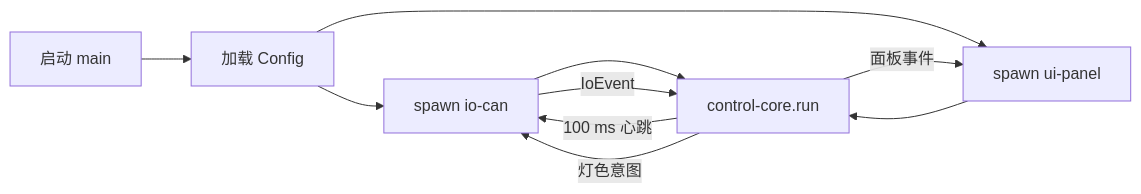
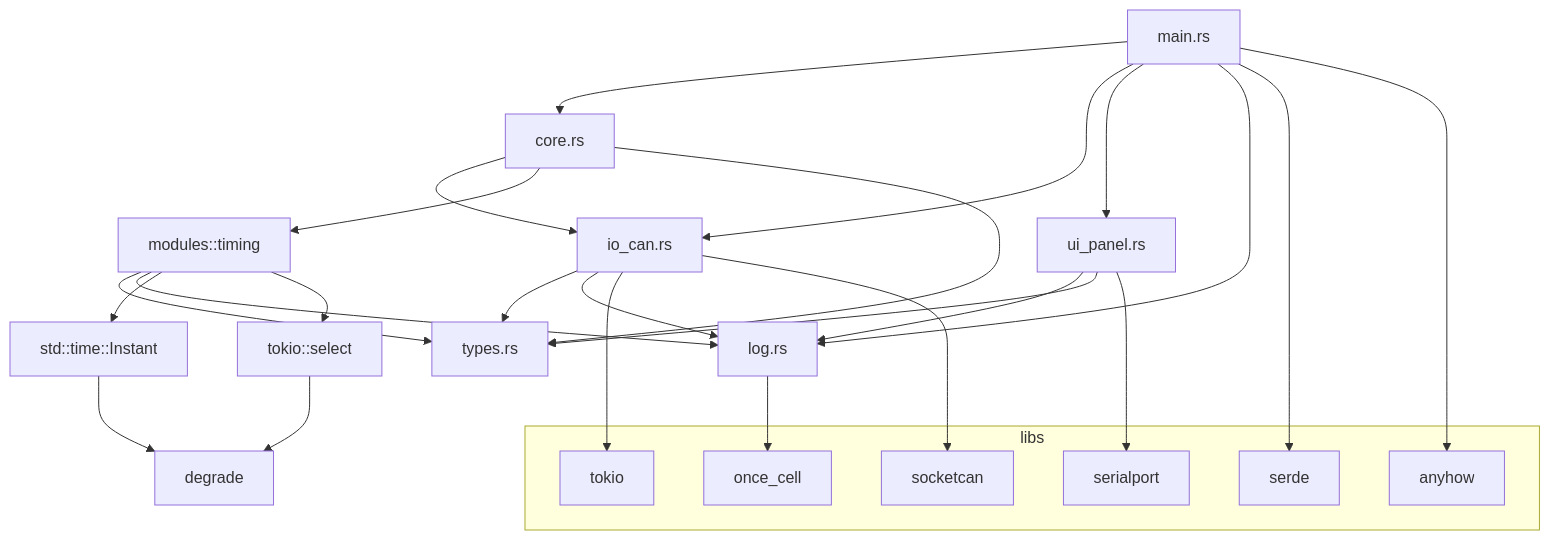
Before and after one commit to sitexa/sigctl: the first of 3 diagrams in doc/ANALYSIS.md, drawn with Mermaid. The commit also changed other lines of this file and 1 other file, not shown here.

````diff
--- a/doc/ANALYSIS.md
+++ b/doc/ANALYSIS.md
@@ -372,11 +91,34 @@
 ```mermaid
-flowchart LR
-    A[启动 main] --> B[加载 Config]
-    B --> C[spawn io-can]
-    B --> D[spawn ui-panel]
-    C & D --> E[control-core.run]
-    E -->|100 ms 心跳| C
-    E -->|灯色意图| C
-    C -->|IoEvent| E
-    E -->|面板事件| D
+graph TD
+    A[main.rs] --> B[core.rs]
+    A --> C[io_can.rs]
+    A --> D[ui_panel.rs]
+    A --> E[log.rs]
+    B --> C
+    B --> F[modules::timing]
+    B --> G[types.rs]
+    C --> G
+    C --> E
+    F --> G
+    F --> E
+    D --> E
+    D --> G
+    F --> H[std::time::Instant]
+    F --> I[tokio::select]
+    H --> J[degrade]
+    I --> J
+    subgraph libs
+        K[tokio]
+        L[socketcan]
+        M[serialport]
+        N[serde]
+        O[anyhow]
+        P[once_cell]
+    end
+    C --> K
+    C --> L
+    D --> M
+    A --> N
+    A --> O
+    E --> P
 ```
````
